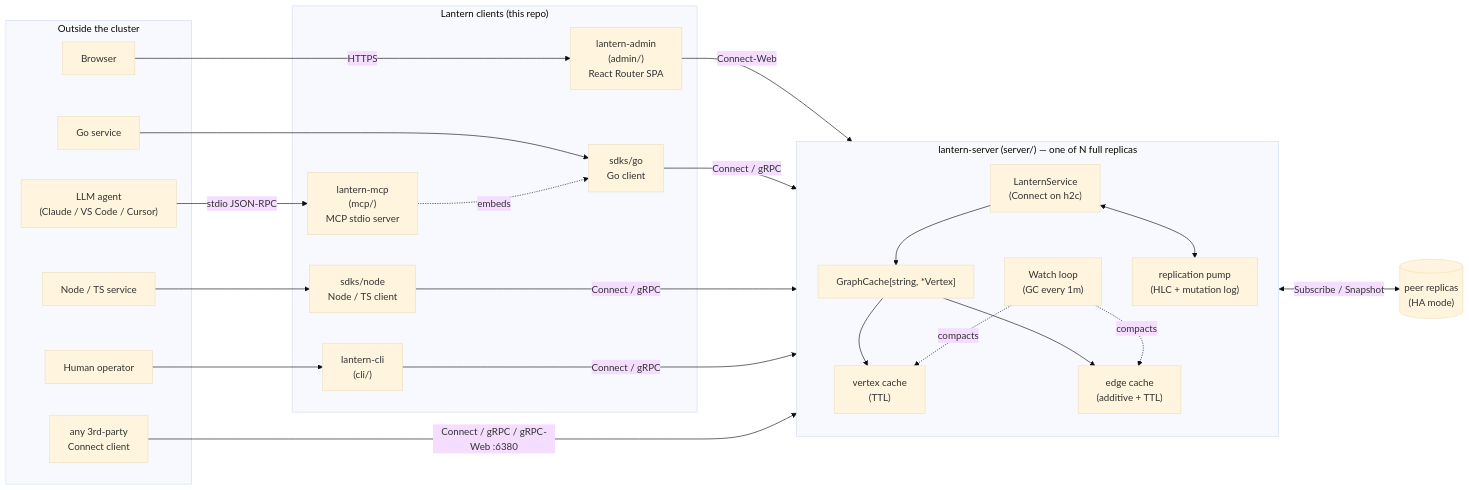
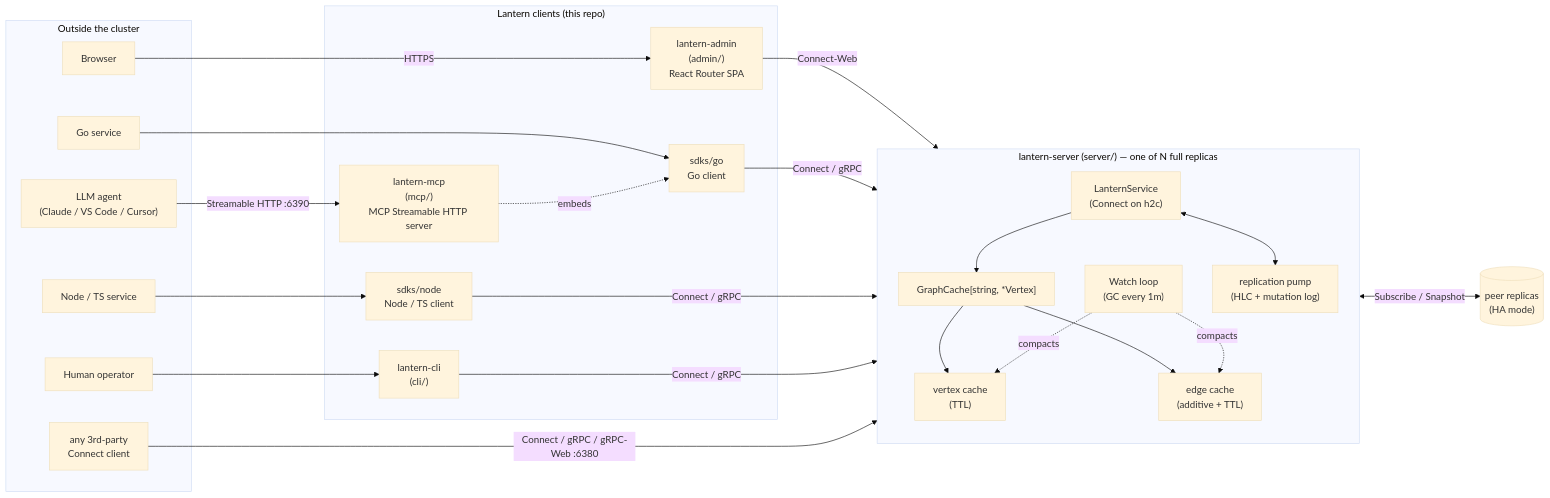
The first of 6 diagrams in README.md (anaregdesign/lantern), drawn with Mermaid (base theme) before and after one commit. The commit also changed other lines of this file and 20 other files, not shown here.

First line of the commit message:
feat(mcp): switch transport to Streamable HTTP, drop stdio

````diff
--- a/README.md
+++ b/README.md
@@ -115,51 +115,51 @@
 ```mermaid
 flowchart LR
     subgraph Outside["Outside the cluster"]
         Browser["Browser"]
         LLM["LLM agent<br/>(Claude / VS Code / Cursor)"]
         GoApp["Go service"]
         NodeApp["Node / TS service"]
         Human["Human operator"]
         Other3P["any 3rd-party<br/>Connect client"]
     end
 
     subgraph Clients["Lantern clients (this repo)"]
         Admin["lantern-admin<br/>(admin/)<br/>React Router SPA"]
-        MCP["lantern-mcp<br/>(mcp/)<br/>MCP stdio server"]
+        MCP["lantern-mcp<br/>(mcp/)<br/>MCP Streamable HTTP server"]
         GoSDK["sdks/go<br/>Go client"]
         NodeSDK["sdks/node<br/>Node / TS client"]
         CLI["lantern-cli<br/>(cli/)"]
     end
 
     Browser -->|HTTPS| Admin
-    LLM     -->|stdio JSON-RPC| MCP
+    LLM     -->|Streamable HTTP :6390| MCP
     GoApp   --> GoSDK
     NodeApp --> NodeSDK
     Human   --> CLI
     MCP     -. embeds .-> GoSDK
 
     Admin   -->|Connect-Web| SVC
     GoSDK   -->|Connect / gRPC| SVC
     NodeSDK -->|Connect / gRPC| SVC
     CLI     -->|Connect / gRPC| SVC
     Other3P -->|"Connect / gRPC / gRPC-Web :6380"| SVC
 
     subgraph Server["lantern-server (server/) — one of N full replicas"]
         direction TB
         SVC["LanternService<br/>(Connect on h2c)"]
         GC["GraphCache[string, *Vertex]"]
         VC["vertex cache<br/>(TTL)"]
         EC["edge cache<br/>(additive + TTL)"]
         W["Watch loop<br/>(GC every 1m)"]
         Repl["replication pump<br/>(HLC + mutation log)"]
         SVC --> GC
         GC --> VC
         GC --> EC
         W -.compacts.-> VC
         W -.compacts.-> EC
         SVC <--> Repl
     end
 
     Peers[("peer replicas<br/>(HA mode)")]
     Repl <-->|Subscribe / Snapshot| Peers
 ```
````
